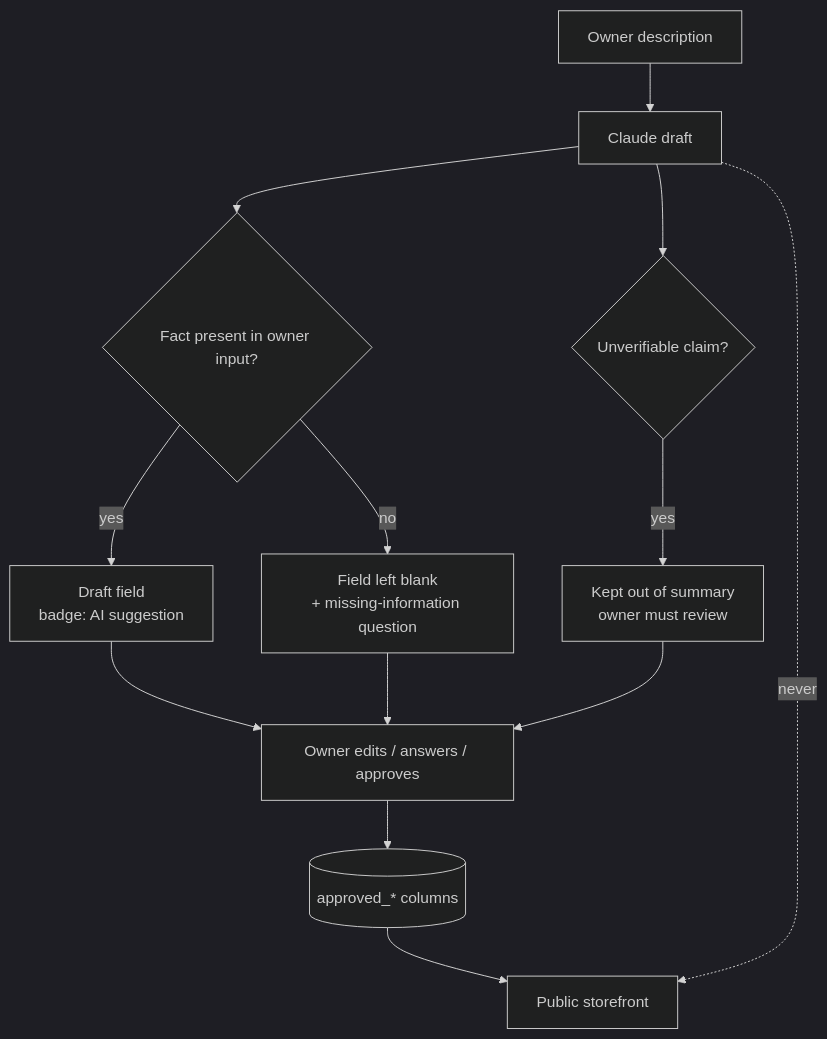
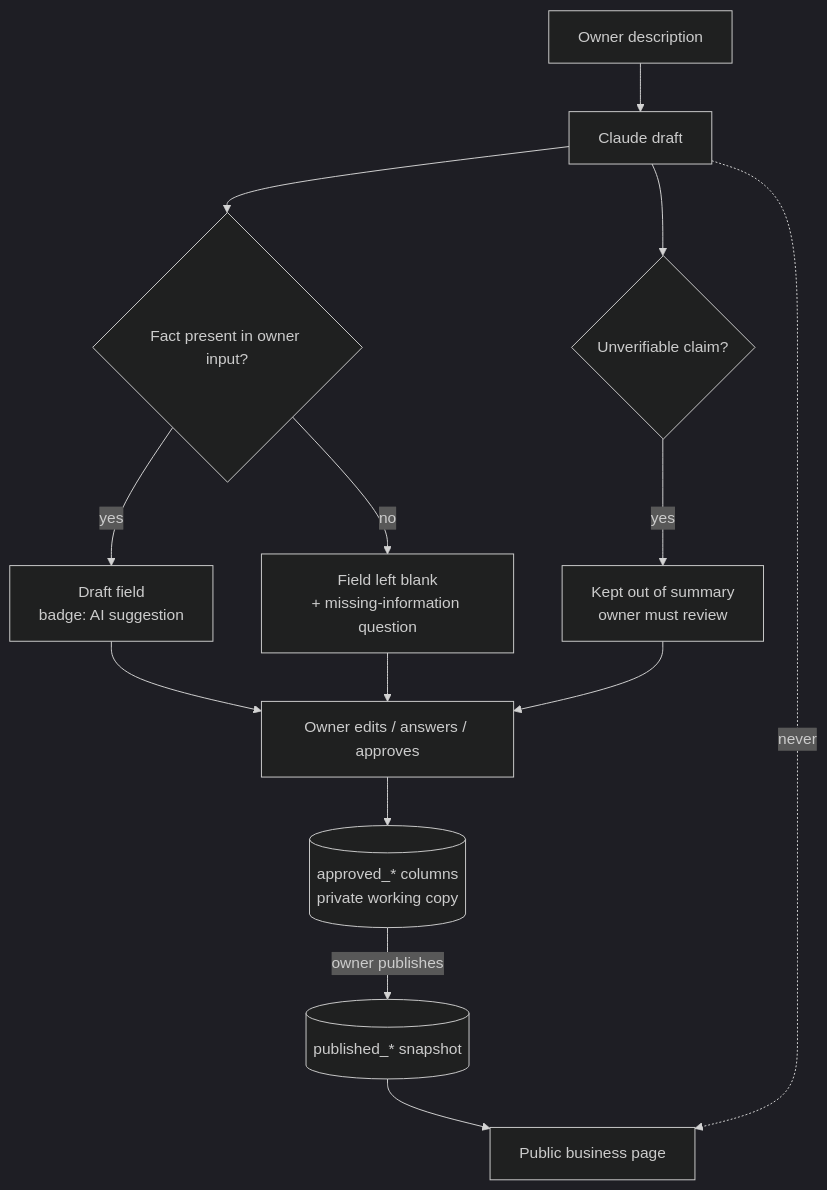
The third of 5 diagrams in docs/architecture.md (sakshi13-m/BizDwaar), drawn with Mermaid (dark theme) before and after one commit. The commit also changed other lines of this file and 9 other files, not shown here.

````diff
--- a/docs/architecture.md
+++ b/docs/architecture.md
@@ -89,13 +94,14 @@
 ```mermaid
 flowchart TD
   A[Owner description] --> B[Claude draft]
   B --> C{Fact present in owner input?}
   C -- yes --> D[Draft field<br/>badge: AI suggestion]
   C -- no --> E[Field left blank<br/>+ missing-information question]
   B --> F{Unverifiable claim?}
   F -- yes --> G[Kept out of summary<br/>owner must review]
   D & E & G --> H[Owner edits / answers / approves]
-  H --> I[(approved_* columns)]
-  I --> J[Public storefront]
+  H --> I[(approved_* columns<br/>private working copy)]
+  I -- owner publishes --> P[(published_* snapshot)]
+  P --> J[Public business page]
   B -. never .-> J
 ```
````
